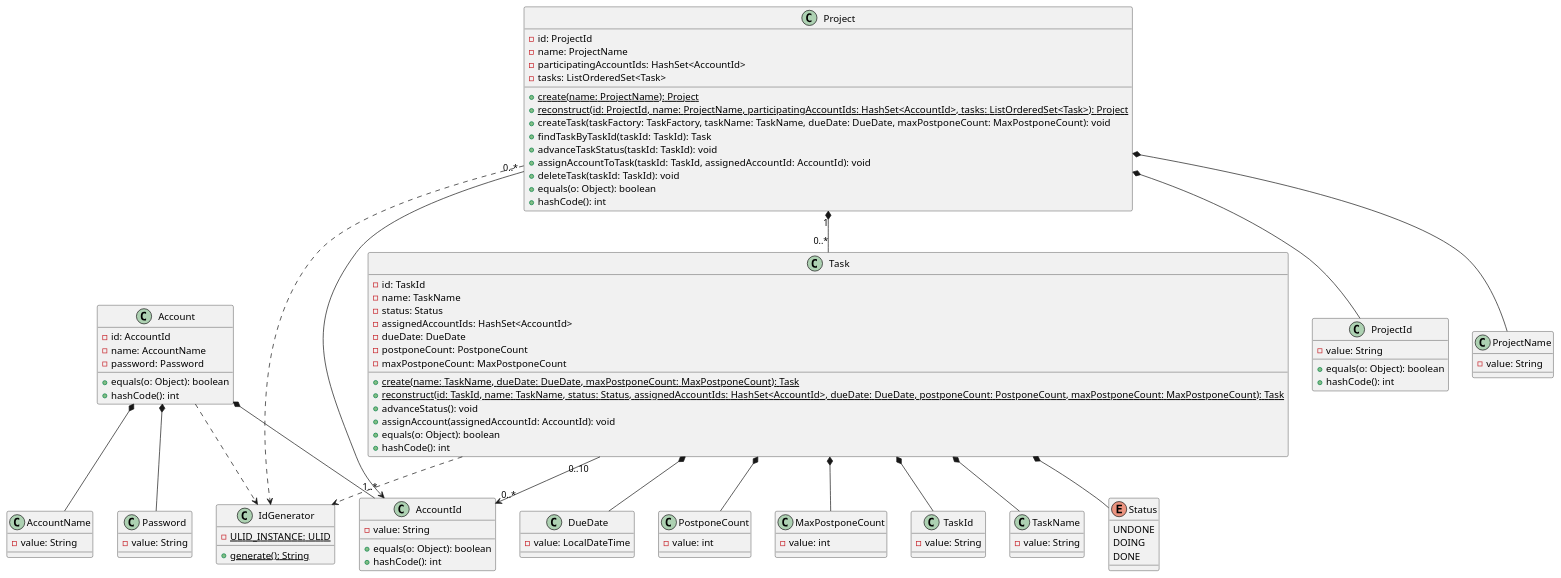
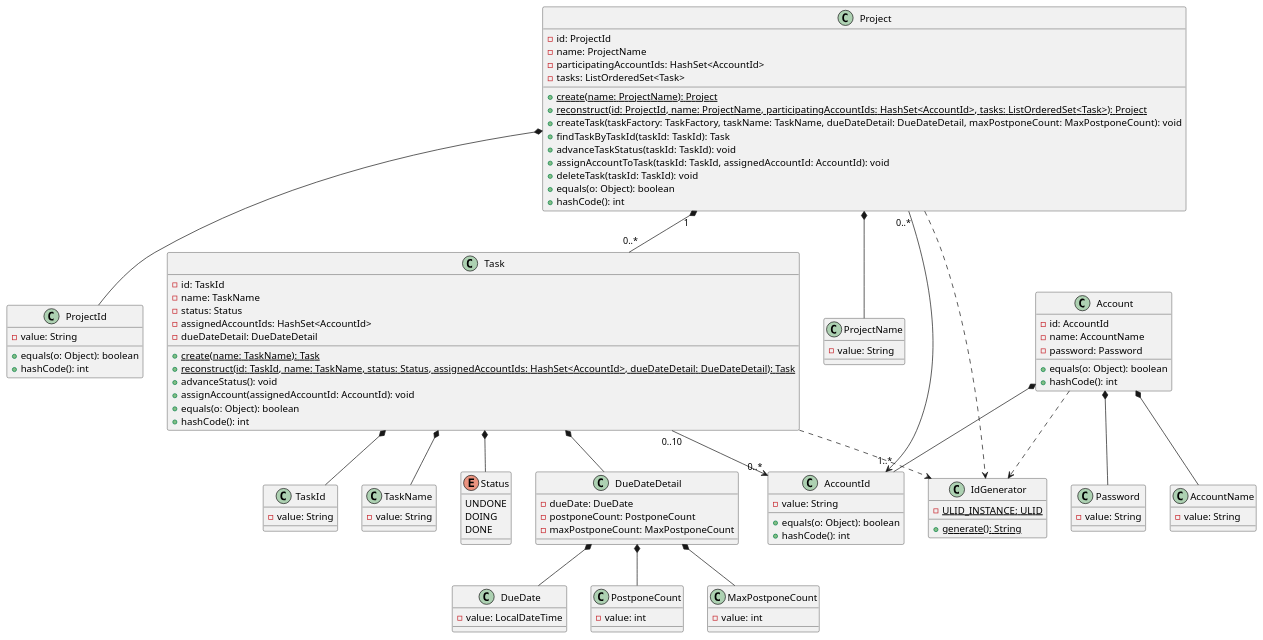
The diagram in uml/class.puml (ORIKAMIxNEP/playground), drawn with PlantUML before and after one commit.

```diff
--- a/uml/class.puml
+++ b/uml/class.puml
@@ -1,116 +1,122 @@
 @startuml
 class Account {
   - id: AccountId
   - name: AccountName
   - password: Password
   + equals(o: Object): boolean
   + hashCode(): int
 }
 
 class AccountId {
   - value: String
   + equals(o: Object): boolean
   + hashCode(): int
 }
 
 class AccountName {
   - value: String
 }
 
 class Password {
   - value: String
 }
 
 Account *-- AccountId
 Account *-- AccountName
 Account *-- Password
 Account ..> IdGenerator
 
 class Project {
   - id: ProjectId
   - name: ProjectName
   - participatingAccountIds: HashSet<AccountId>
   - tasks: ListOrderedSet<Task>
   {static} + create(name: ProjectName): Project
   {static} + reconstruct(id: ProjectId, name: ProjectName, participatingAccountIds: HashSet<AccountId>, tasks: ListOrderedSet<Task>): Project
-  + createTask(taskFactory: TaskFactory, taskName: TaskName, dueDate: DueDate, maxPostponeCount: MaxPostponeCount): void
+  + createTask(taskFactory: TaskFactory, taskName: TaskName, dueDateDetail: DueDateDetail, maxPostponeCount: MaxPostponeCount): void
   + findTaskByTaskId(taskId: TaskId): Task
   + advanceTaskStatus(taskId: TaskId): void
   + assignAccountToTask(taskId: TaskId, assignedAccountId: AccountId): void
   + deleteTask(taskId: TaskId): void
   + equals(o: Object): boolean
   + hashCode(): int
 }
 
 class ProjectId {
   - value: String
   + equals(o: Object): boolean
   + hashCode(): int
 }
 
 class ProjectName {
   - value: String
 }
 
 Project *-- ProjectId
 Project *-- ProjectName
 Project "0..*" --> "1..*" AccountId
 Project "1" *-- "0..*" Task
 Project ..> IdGenerator
 
 class Task {
   - id: TaskId
   - name: TaskName
   - status: Status
   - assignedAccountIds: HashSet<AccountId>
-  - dueDate: DueDate
-  - postponeCount: PostponeCount
-  - maxPostponeCount: MaxPostponeCount
-  {static} + create(name: TaskName, dueDate: DueDate, maxPostponeCount: MaxPostponeCount): Task
-  {static} + reconstruct(id: TaskId, name: TaskName, status: Status, assignedAccountIds: HashSet<AccountId>, dueDate: DueDate, postponeCount: PostponeCount, maxPostponeCount: MaxPostponeCount): Task
+  - dueDateDetail: DueDateDetail
+  {static} + create(name: TaskName): Task
+  {static} + reconstruct(id: TaskId, name: TaskName, status: Status, assignedAccountIds: HashSet<AccountId>, dueDateDetail: DueDateDetail): Task
   + advanceStatus(): void
   + assignAccount(assignedAccountId: AccountId): void
   + equals(o: Object): boolean
   + hashCode(): int
 }
 
 class TaskId {
   - value: String
 }
 
 class TaskName {
   - value: String
 }
 
 enum Status {
   UNDONE
   DOING
   DONE
 }
 
+Task *-- TaskId
+Task *-- TaskName
+Task *-- Status
+Task "0..10" --> "0..*" AccountId
+Task *-- DueDateDetail
+Task ..> IdGenerator
+
+class DueDateDetail {
+  - dueDate: DueDate
+  - postponeCount: PostponeCount
+  - maxPostponeCount: MaxPostponeCount
+}
+
 class DueDate {
   - value: LocalDateTime
 }
 
 class PostponeCount {
   - value: int
 }
 
 class MaxPostponeCount {
   - value: int
 }
 
-Task *-- TaskId
-Task *-- TaskName
-Task *-- Status
-Task "0..10" --> "0..*" AccountId
-Task *-- DueDate
-Task *-- PostponeCount
-Task *-- MaxPostponeCount
-Task ..> IdGenerator
+DueDateDetail *-- DueDate
+DueDateDetail *-- PostponeCount
+DueDateDetail *-- MaxPostponeCount
 
 class IdGenerator {
   {static} - ULID_INSTANCE: ULID
   {static} + generate(): String
 }
 @enduml
```
